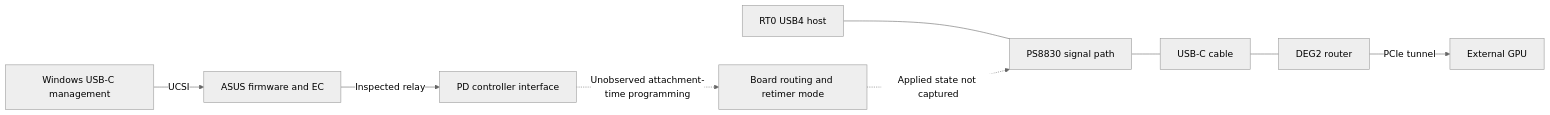
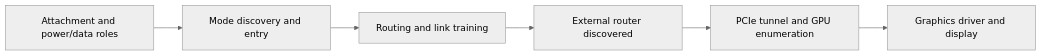
The diagram in docs/connection.md (49Ssr/asus-fa507xi-deg2-usb4), drawn with Mermaid (neutral theme) before and after one commit. The commit also changed other lines of this file and 12 other files, not shown here.

````diff
--- a/docs/connection.md
+++ b/docs/connection.md
@@ -19,11 +7,8 @@
 ```mermaid
 flowchart LR
-  W[Windows USB-C management] -->|UCSI| E[ASUS firmware and EC]
-  E -->|Inspected relay| P[PD controller interface]
-  P -. Unobserved attachment-time programming .-> B[Board routing and retimer mode]
-  H[RT0 USB4 host] --- R[PS8830 signal path]
-  R --- C[USB-C cable]
-  C --- D[DEG2 router]
-  D -->|PCIe tunnel| G[External GPU]
-  B -. Applied state not captured .-> R
+  A[Attachment and power/data roles] --> B[Mode discovery and entry]
+  B --> C[Routing and link training]
+  C --> D[External router discovered]
+  D --> E[PCIe tunnel and GPU enumeration]
+  E --> F[Graphics driver and display]
 ```
````
